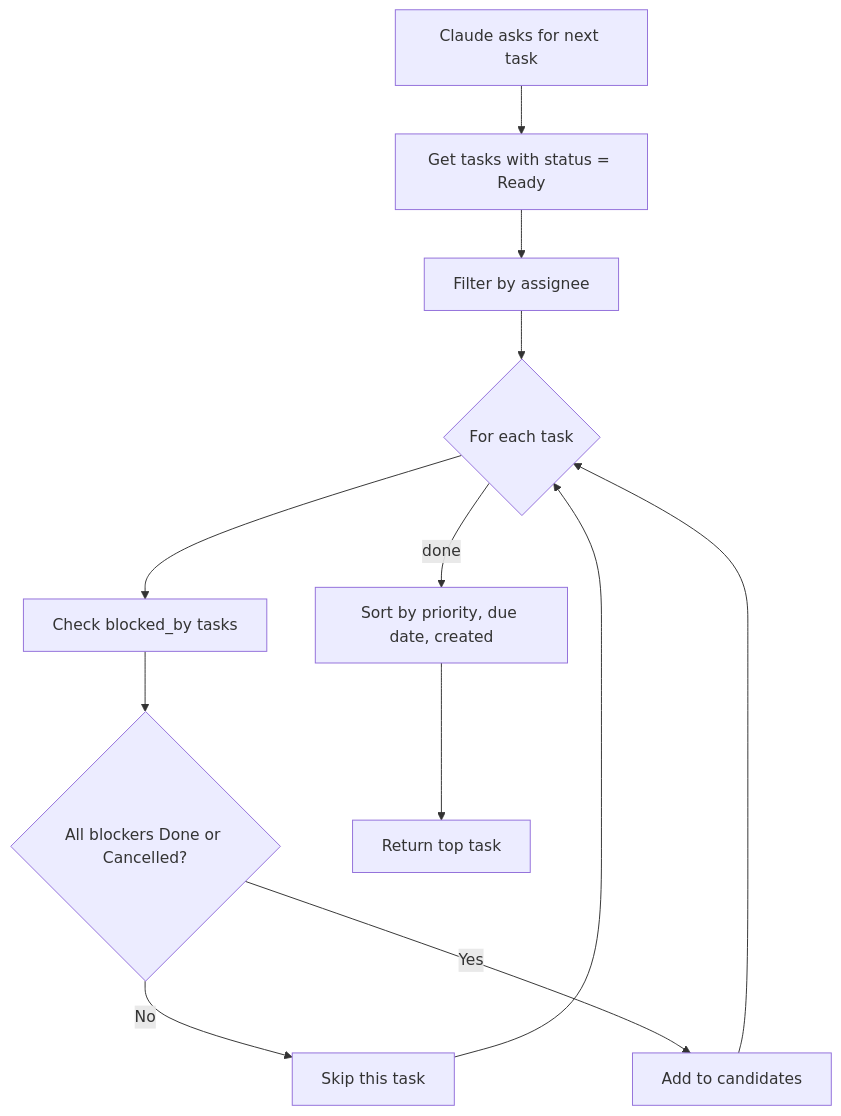
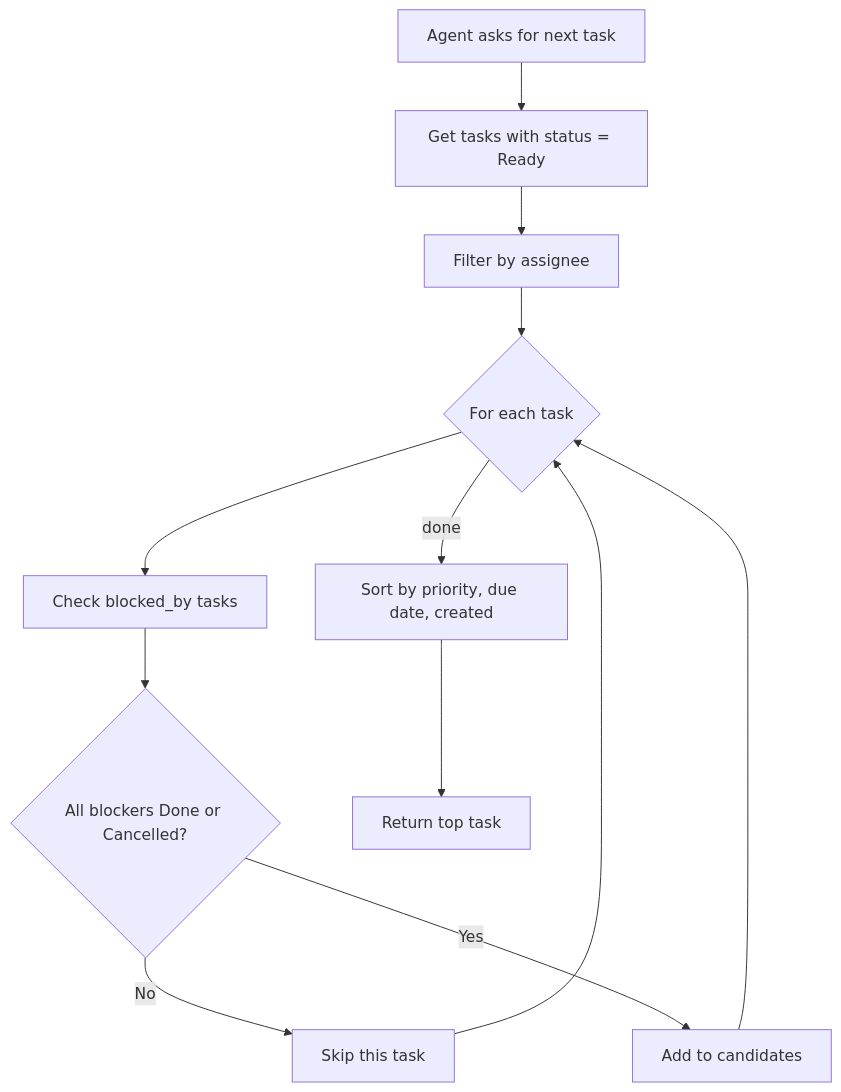
One commit to punparin/task-manager-mcp changed the third of 3 diagrams in README.md. Above: the diagram before and after it, drawn with Mermaid. The commit also changed other lines of this file, not shown here.

Commit message:
docs: decouple readme from claude code (#21)

````diff
--- a/README.md
+++ b/README.md
@@ -53,25 +53,25 @@
 ```mermaid
 flowchart TD
-    Start[Claude asks for next task]
+    Start[Agent asks for next task]
     Filter1[Get tasks with status = Ready]
     Filter2[Filter by assignee]
     Loop{For each task}
     Check[Check blocked_by tasks]
     AllDone{All blockers Done or Cancelled?}
     Skip[Skip this task]
     Add[Add to candidates]
     Sort[Sort by priority, due date, created]
     Return[Return top task]
 
     Start --> Filter1
     Filter1 --> Filter2
     Filter2 --> Loop
     Loop --> Check
     Check --> AllDone
     AllDone -->|No| Skip
     AllDone -->|Yes| Add
     Skip --> Loop
     Add --> Loop
     Loop -->|done| Sort
     Sort --> Return
 ```
````
